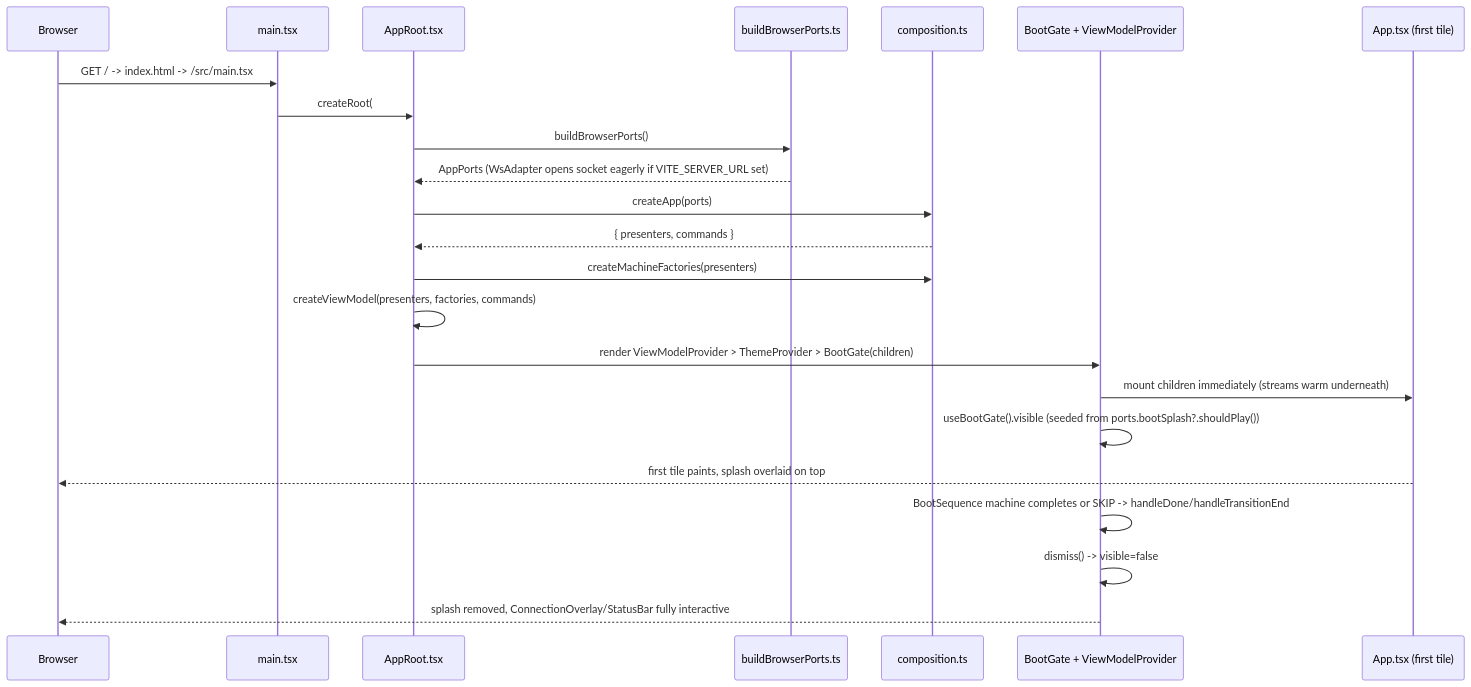
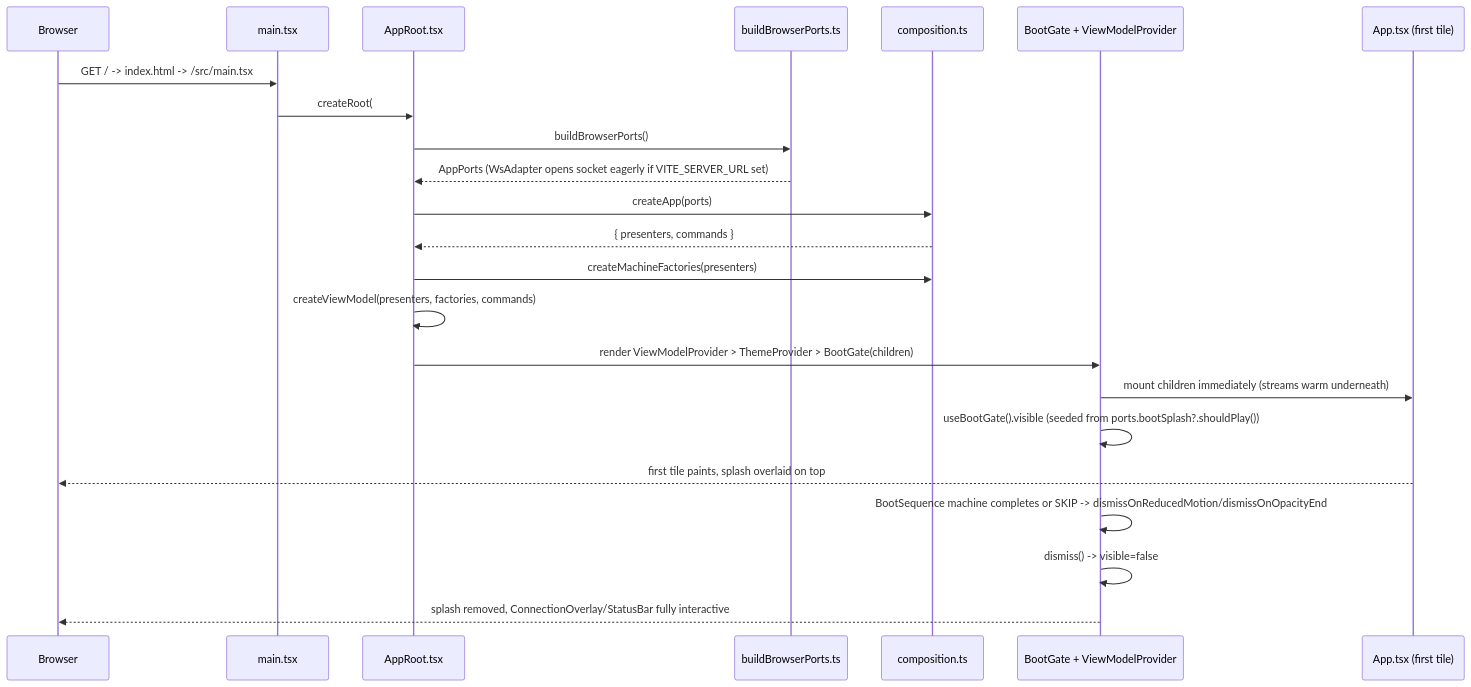
One commit to bettersoftware-io/ReactiveTraderCloudClone changed the second of 4 diagrams in docs/architecture/14-composition-and-wiring.md. Above: the diagram before and after it, drawn with Mermaid. The commit also changed 8 other files, not shown here.

````diff
--- a/docs/architecture/14-composition-and-wiring.md
+++ b/docs/architecture/14-composition-and-wiring.md
@@ -109,26 +109,26 @@
 ```mermaid
 sequenceDiagram
     participant B as Browser
     participant M as main.tsx
     participant AR as AppRoot.tsx
     participant BP as buildBrowserPorts.ts
     participant CA as composition.ts
     participant Gate as BootGate + ViewModelProvider
     participant App as App.tsx (first tile)
 
     B->>M: GET / -> index.html -> /src/main.tsx
     M->>AR: createRoot(#root).render(StrictMode(AppRoot(App)))
     AR->>BP: buildBrowserPorts()
     BP-->>AR: AppPorts (WsAdapter opens socket eagerly if VITE_SERVER_URL set)
     AR->>CA: createApp(ports)
     CA-->>AR: { presenters, commands }
     AR->>CA: createMachineFactories(presenters)
     AR->>AR: createViewModel(presenters, factories, commands)
     AR->>Gate: render ViewModelProvider > ThemeProvider > BootGate(children)
     Gate->>App: mount children immediately (streams warm underneath)
     Gate->>Gate: useBootGate().visible (seeded from ports.bootSplash?.shouldPlay())
     App-->>B: first tile paints, splash overlaid on top
-    Gate->>Gate: BootSequence machine completes or SKIP -> handleDone/handleTransitionEnd
+    Gate->>Gate: BootSequence machine completes or SKIP -> dismissOnReducedMotion/dismissOnOpacityEnd
     Gate->>Gate: dismiss() -> visible=false
     Gate-->>B: splash removed, ConnectionOverlay/StatusBar fully interactive
 ```
````
